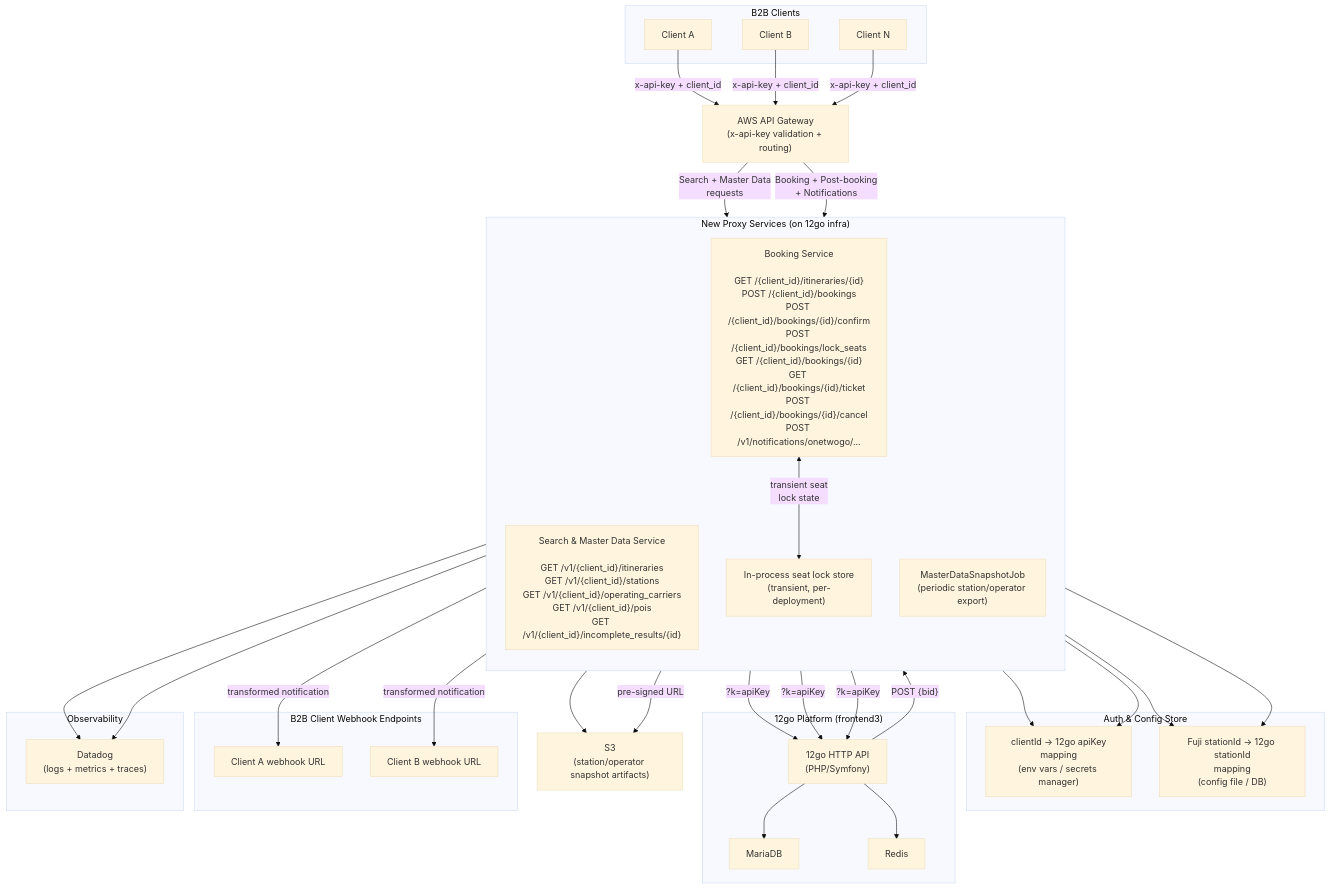
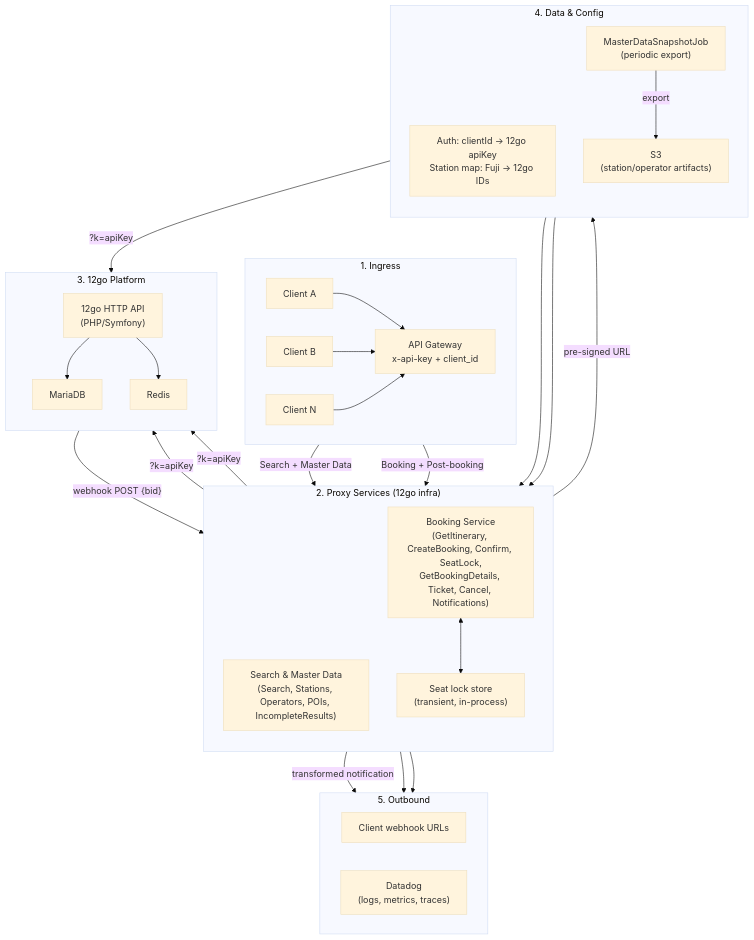
One commit to sosotravelier/tc-transition-to-12go changed the first of 5 diagrams in design/alternatives/B-microservice/design.md. Above: the diagram before and after it, drawn with Mermaid (base theme). The commit also changed 1 other file, not shown here.

Commit message:
Refine Architecture Overview diagrams in A-monolith and B-microservice
- A-monolith: Remove service layer calls and mapper classes; simplify to high-level
  flow with numbered layers (Ingress → frontend3 → Storage → Outbound)
- B-microservice: Reorganize with numbered layers, shorter labels, logical grouping;
  reference Endpoint Distribution table for endpoint details

````diff
--- a/design/alternatives/B-microservice/design.md
+++ b/design/alternatives/B-microservice/design.md
@@ -16,64 +18,57 @@
 ```mermaid
-flowchart TD
-    subgraph Clients["B2B Clients"]
+flowchart TB
+    subgraph ingress["1. Ingress"]
+        direction LR
         C1["Client A"]
         C2["Client B"]
         C3["Client N"]
+        GW["API Gateway\nx-api-key + client_id"]
     end
 
-    GW["AWS API Gateway\n(x-api-key validation + routing)"]
-
-    subgraph NewServices["New Proxy Services (on 12go infra)"]
+    subgraph proxy["2. Proxy Services (12go infra)"]
         direction TB
-        SearchSvc["Search & Master Data Service\n\nGET /v1/{client_id}/itineraries\nGET /v1/{client_id}/stations\nGET /v1/{client_id}/operating_carriers\nGET /v1/{client_id}/pois\nGET /v1/{client_id}/incomplete_results/{id}"]
-        BookingSvc["Booking Service\n\nGET /{client_id}/itineraries/{id}\nPOST /{client_id}/bookings\nPOST /{client_id}/bookings/{id}/confirm\nPOST /{client_id}/bookings/lock_seats\nGET /{client_id}/bookings/{id}\nGET /{client_id}/bookings/{id}/ticket\nPOST /{client_id}/bookings/{id}/cancel\nPOST /v1/notifications/onetwogo/..."]
-        SeatLockCache["In-process seat lock store\n(transient, per-deployment)"]
-        SnapshotJob["MasterDataSnapshotJob\n(periodic station/operator export)"]
+        SearchSvc["Search & Master Data\n(Search, Stations, Operators, POIs, IncompleteResults)"]
+        BookingSvc["Booking Service\n(GetItinerary, CreateBooking, Confirm, SeatLock,\nGetBookingDetails, Ticket, Cancel, Notifications)"]
+        SeatLock["Seat lock store\n(transient, in-process)"]
     end
 
-    subgraph AuthConfig["Auth & Config Store"]
-        AuthMap["clientId → 12go apiKey\nmapping\n(env vars / secrets manager)"]
-        StationMap["Fuji stationId → 12go stationId\nmapping\n(config file / DB)"]
+    subgraph twelvego["3. 12go Platform"]
+        direction TB
+        TGApi["12go HTTP API\n(PHP/Symfony)"]
+        TGApi --> MariaDB["MariaDB"]
+        TGApi --> Redis["Redis"]
     end
 
-    subgraph TwelveGo["12go Platform (frontend3)"]
-        TGApi["12go HTTP API\n(PHP/Symfony)"]
-        MariaDB["MariaDB"]
-        Redis["Redis"]
+    subgraph data["4. Data & Config"]
+        direction TB
+        AuthConfig["Auth: clientId → 12go apiKey\nStation map: Fuji → 12go IDs"]
+        SnapshotJob["MasterDataSnapshotJob\n(periodic export)"]
+        S3["S3\n(station/operator artifacts)"]
     end
 
-    S3["S3\n(station/operator snapshot artifacts)"]
-
-    subgraph ClientWebhooks["B2B Client Webhook Endpoints"]
-        CW1["Client A webhook URL"]
-        CW2["Client B webhook URL"]
+    subgraph outbound["5. Outbound"]
+        direction LR
+        Webhooks["Client webhook URLs"]
+        DD["Datadog\n(logs, metrics, traces)"]
     end
 
-    subgraph Observability["Observability"]
-        DD["Datadog\n(logs + metrics + traces)"]
-    end
-
-    C1 & C2 & C3 -->|"x-api-key + client_id"| GW
-    GW -->|"Search + Master Data\nrequests"| SearchSvc
-    GW -->|"Booking + Post-booking\n+ Notifications"| BookingSvc
+    C1 & C2 & C3 --> GW
+    GW -->|Search + Master Data| SearchSvc
+    GW -->|Booking + Post-booking| BookingSvc
 
     SearchSvc -->|"?k=apiKey"| TGApi
     BookingSvc -->|"?k=apiKey"| TGApi
+    BookingSvc <--> SeatLock
+
+    AuthConfig --> SearchSvc
+    AuthConfig --> BookingSvc
+
+    SnapshotJob -->|export| S3
     SnapshotJob -->|"?k=apiKey"| TGApi
-    SnapshotJob --> S3
-    SearchSvc -->|"pre-signed URL"| S3
-    BookingSvc <-->|"transient seat\nlock state"| SeatLockCache
+    SearchSvc -->|pre-signed URL| S3
 
-    SearchSvc --> AuthMap
-    SearchSvc --> StationMap
-    BookingSvc --> AuthMap
-    BookingSvc --> StationMap
-
-    TGApi --> MariaDB
-    TGApi --> Redis
-
-    TGApi -->|"POST {bid}"| BookingSvc
-    BookingSvc -->|"transformed notification"| CW1 & CW2
+    TGApi -->|"webhook POST {bid}"| BookingSvc
+    BookingSvc -->|transformed notification| Webhooks
 
     SearchSvc & BookingSvc --> DD
 ```
````
